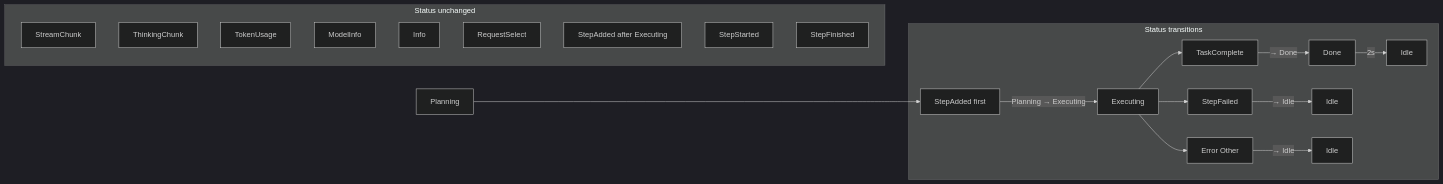
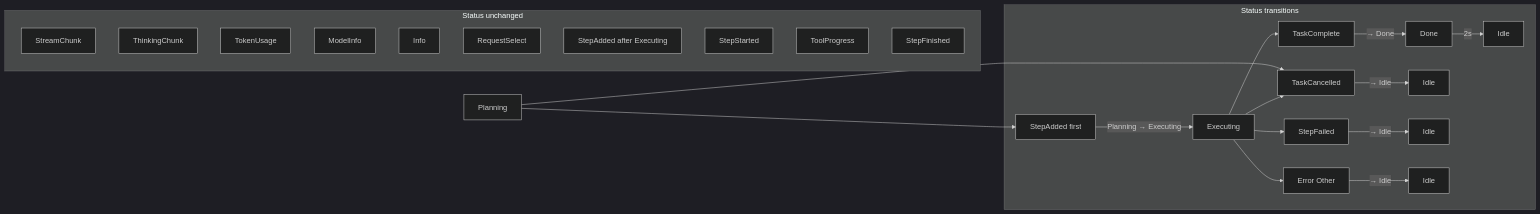
The fifth of 9 diagrams in book/25_chapter_protocol.md (rust-infra/tact), drawn with Mermaid (dark theme) before and after one commit. The commit also changed other lines of this file and 190 other files, not shown here.

````diff
--- a/book/25_chapter_protocol.md
+++ b/book/25_chapter_protocol.md
@@ -209,27 +228,31 @@
 ```mermaid
 flowchart LR
     subgraph no_change["Status unchanged"]
         SC[StreamChunk]
         TC[ThinkingChunk]
         TU[TokenUsage]
         MI[ModelInfo]
         IN[Info]
         RS[RequestSelect]
         SA2[StepAdded after Executing]
         SS[StepStarted]
+        TP[ToolProgress]
         SF[StepFinished]
     end
 
     subgraph transitions["Status transitions"]
         SA1[StepAdded first] -->|Planning → Executing| EX[Executing]
         TKC[TaskComplete] -->|→ Done| DN[Done]
+        TKX[TaskCancelled] -->|→ Idle| ID0[Idle]
         SFL[StepFailed] -->|→ Idle| ID1[Idle]
         ER[Error Other] -->|→ Idle| ID2[Idle]
         DN -->|2s| ID3[Idle]
     end
 
     P[Planning] --> SA1
     EX --> TKC
+    EX --> TKX
+    P --> TKX
     EX --> SFL
     EX --> ER
 ```
````
